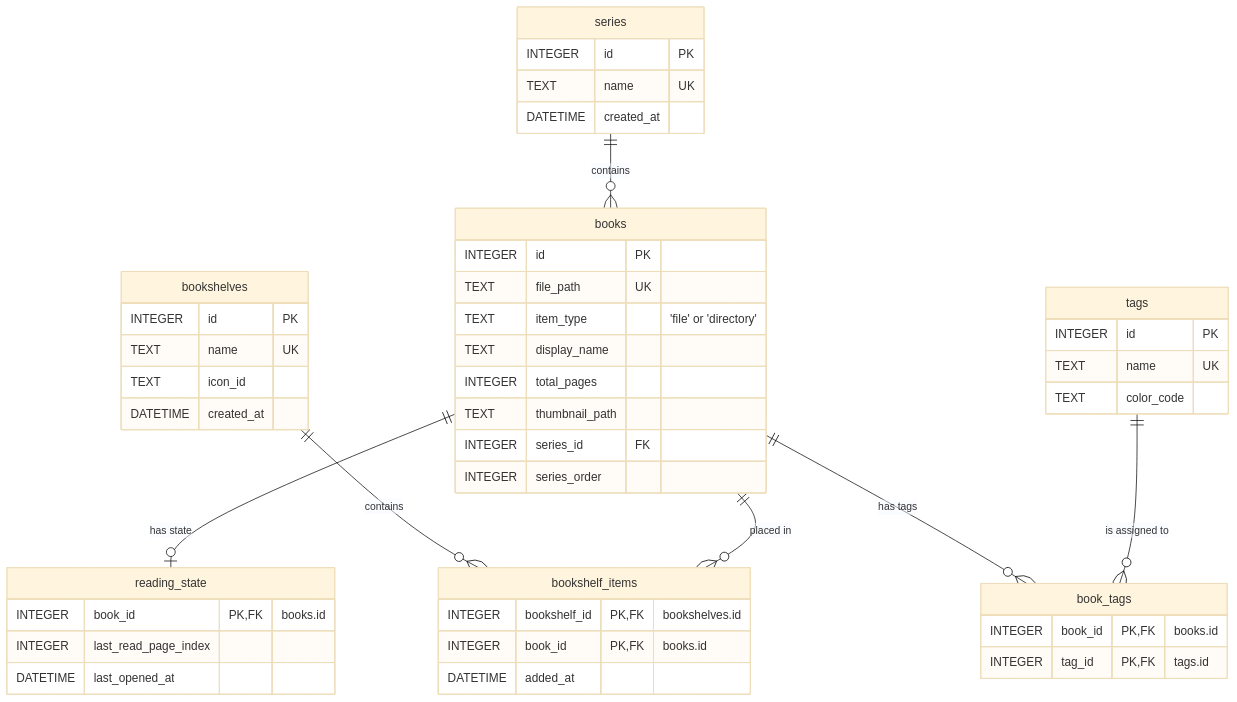
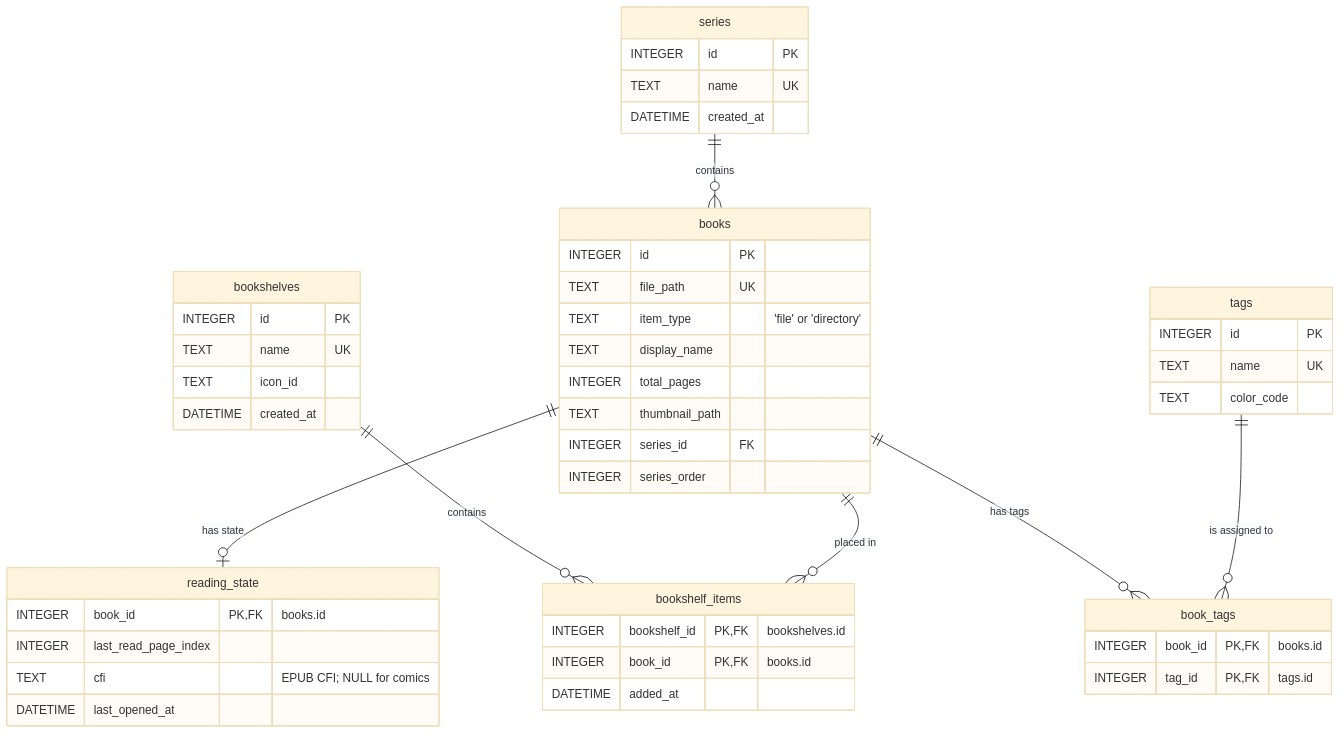
One commit to Rookro/RookReader changed the diagram in docs/database/er_diagram.md. Above: the diagram before and after it, drawn with Mermaid (base theme). The commit also changed 28 other files, not shown here.

First line of the commit message:
feat(db): persist EPUB reading position (CFI) in reading_state

````diff
--- a/docs/database/er_diagram.md
+++ b/docs/database/er_diagram.md
@@ -1,56 +1,57 @@
 ```mermaid
 erDiagram
     series ||--o{ books : "contains"
     books ||--o| reading_state : "has state"
     bookshelves ||--o{ bookshelf_items : "contains"
     books ||--o{ bookshelf_items : "placed in"
     books ||--o{ book_tags : "has tags"
     tags ||--o{ book_tags : "is assigned to"
 
     books {
         INTEGER id PK
         TEXT file_path UK
         TEXT item_type "'file' or 'directory'"
         TEXT display_name
         INTEGER total_pages
         TEXT thumbnail_path
         INTEGER series_id FK
         INTEGER series_order
     }
     
     series {
         INTEGER id PK
         TEXT name UK
         DATETIME created_at
     }
     
     reading_state {
         INTEGER book_id PK, FK "books.id"
         INTEGER last_read_page_index
+        TEXT cfi "EPUB CFI; NULL for comics"
         DATETIME last_opened_at
     }
 
     bookshelves {
         INTEGER id PK
         TEXT name UK
         TEXT icon_id
         DATETIME created_at
     }
 
     bookshelf_items {
         INTEGER bookshelf_id PK, FK "bookshelves.id"
         INTEGER book_id PK, FK "books.id"
         DATETIME added_at
     }
     
     tags {
         INTEGER id PK
         TEXT name UK
         TEXT color_code
     }
     
     book_tags {
         INTEGER book_id PK, FK "books.id"
         INTEGER tag_id PK, FK "tags.id"
     }
 ```
````
